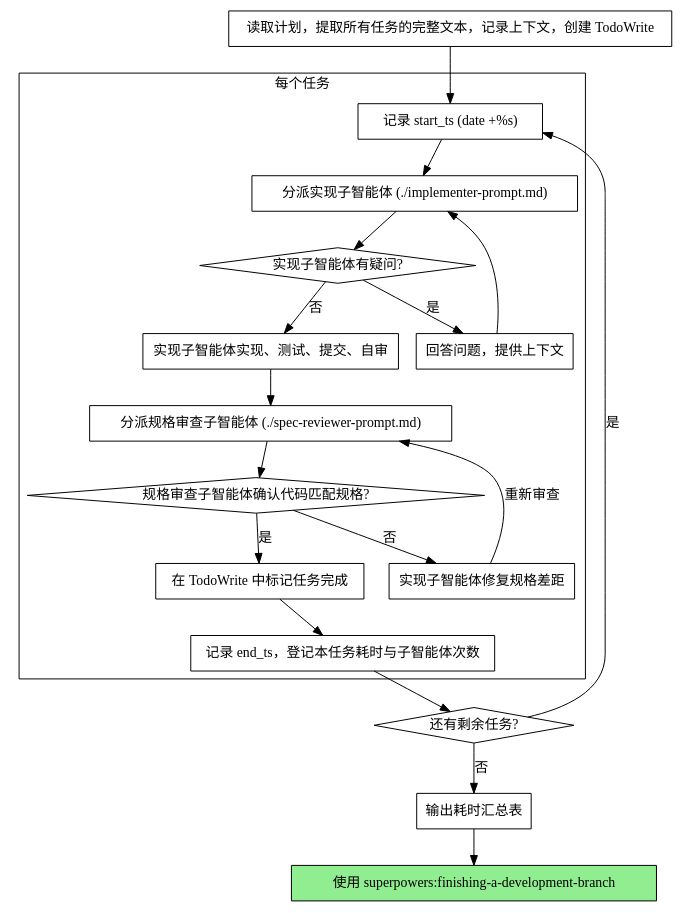
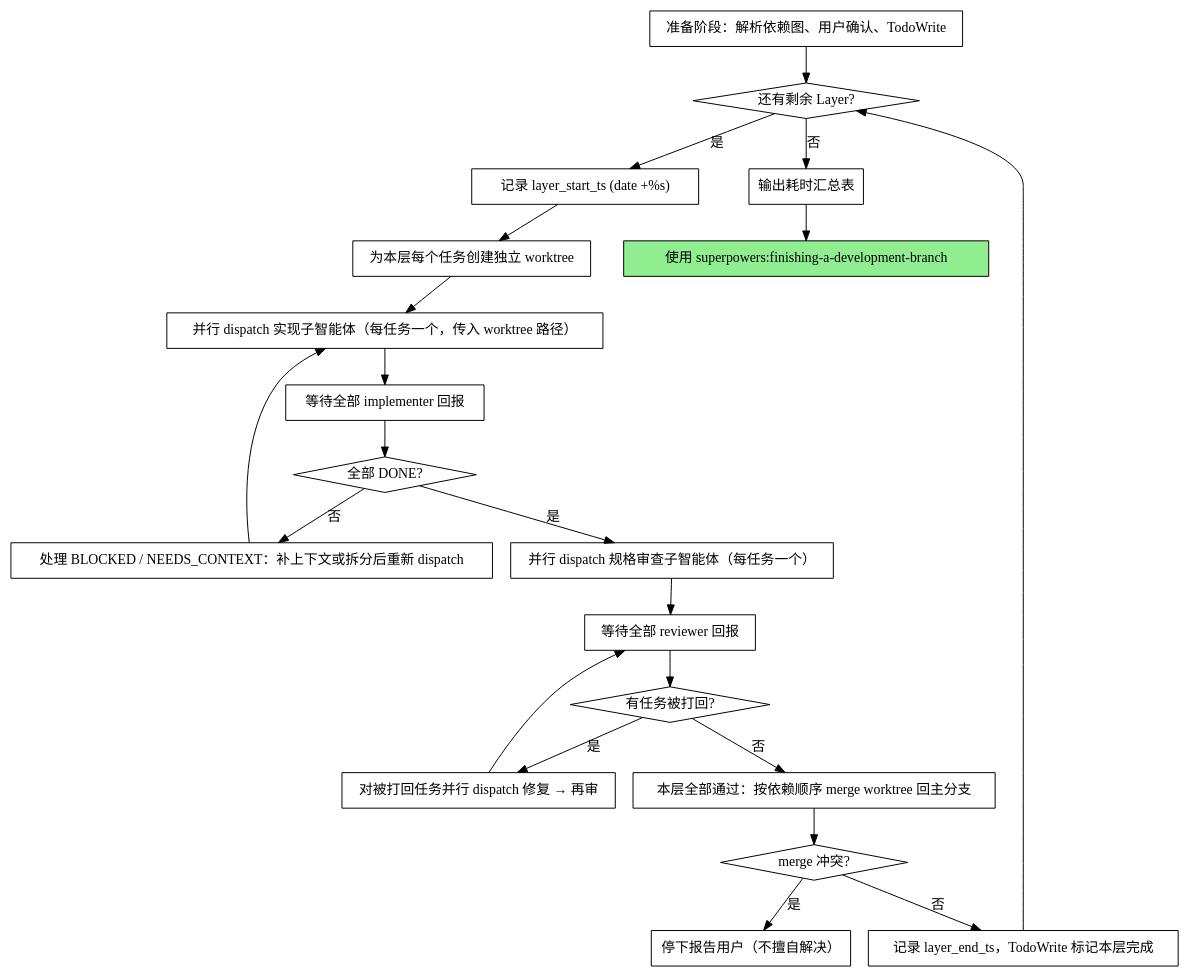
One commit to ikilobyte/superpowers-zh changed the second of 2 diagrams in skills/subagent-driven-development/SKILL.md. Above: the diagram before and after it, drawn with Graphviz. The commit also changed other lines of this file and 2 other files, not shown here.

First line of the commit message:
feat: 子代理驱动开发支持依赖图驱动的分层并行

````diff
--- a/skills/subagent-driven-development/SKILL.md
+++ b/skills/subagent-driven-development/SKILL.md
@@ -42,41 +78,45 @@
 ```dot
 digraph process {
     rankdir=TB;
 
-    subgraph cluster_per_task {
-        label="每个任务";
-        "记录 start_ts (date +%s)" [shape=box];
-        "分派实现子智能体 (./implementer-prompt.md)" [shape=box];
-        "实现子智能体有疑问?" [shape=diamond];
-        "回答问题，提供上下文" [shape=box];
-        "实现子智能体实现、测试、提交、自审" [shape=box];
-        "分派规格审查子智能体 (./spec-reviewer-prompt.md)" [shape=box];
-        "规格审查子智能体确认代码匹配规格?" [shape=diamond];
-        "实现子智能体修复规格差距" [shape=box];
-        "在 TodoWrite 中标记任务完成" [shape=box];
-        "记录 end_ts，登记本任务耗时与子智能体次数" [shape=box];
-    }
-
-    "读取计划，提取所有任务的完整文本，记录上下文，创建 TodoWrite" [shape=box];
-    "还有剩余任务?" [shape=diamond];
+    "准备阶段：解析依赖图、用户确认、TodoWrite" [shape=box];
+    "还有剩余 Layer?" [shape=diamond];
+    "记录 layer_start_ts (date +%s)" [shape=box];
+    "为本层每个任务创建独立 worktree" [shape=box];
+    "并行 dispatch 实现子智能体（每任务一个，传入 worktree 路径）" [shape=box];
+    "等待全部 implementer 回报" [shape=box];
+    "全部 DONE?" [shape=diamond];
+    "处理 BLOCKED / NEEDS_CONTEXT：补上下文或拆分后重新 dispatch" [shape=box];
+    "并行 dispatch 规格审查子智能体（每任务一个）" [shape=box];
+    "等待全部 reviewer 回报" [shape=box];
+    "有任务被打回?" [shape=diamond];
+    "对被打回任务并行 dispatch 修复 → 再审" [shape=box];
+    "本层全部通过：按依赖顺序 merge worktree 回主分支" [shape=box];
+    "merge 冲突?" [shape=diamond];
+    "停下报告用户（不擅自解决）" [shape=box];
+    "记录 layer_end_ts，TodoWrite 标记本层完成" [shape=box];
     "输出耗时汇总表" [shape=box];
     "使用 superpowers:finishing-a-development-branch" [shape=box style=filled fillcolor=lightgreen];
 
-    "读取计划，提取所有任务的完整文本，记录上下文，创建 TodoWrite" -> "记录 start_ts (date +%s)";
-    "记录 start_ts (date +%s)" -> "分派实现子智能体 (./implementer-prompt.md)";
-    "分派实现子智能体 (./implementer-prompt.md)" -> "实现子智能体有疑问?";
-    "实现子智能体有疑问?" -> "回答问题，提供上下文" [label="是"];
-    "回答问题，提供上下文" -> "分派实现子智能体 (./implementer-prompt.md)";
-    "实现子智能体有疑问?" -> "实现子智能体实现、测试、提交、自审" [label="否"];
-    "实现子智能体实现、测试、提交、自审" -> "分派规格审查子智能体 (./spec-reviewer-prompt.md)";
-    "分派规格审查子智能体 (./spec-reviewer-prompt.md)" -> "规格审查子智能体确认代码匹配规格?";
-    "规格审查子智能体确认代码匹配规格?" -> "实现子智能体修复规格差距" [label="否"];
-    "实现子智能体修复规格差距" -> "分派规格审查子智能体 (./spec-reviewer-prompt.md)" [label="重新审查"];
-    "规格审查子智能体确认代码匹配规格?" -> "在 TodoWrite 中标记任务完成" [label="是"];
-    "在 TodoWrite 中标记任务完成" -> "记录 end_ts，登记本任务耗时与子智能体次数";
-    "记录 end_ts，登记本任务耗时与子智能体次数" -> "还有剩余任务?";
-    "还有剩余任务?" -> "记录 start_ts (date +%s)" [label="是"];
-    "还有剩余任务?" -> "输出耗时汇总表" [label="否"];
+    "准备阶段：解析依赖图、用户确认、TodoWrite" -> "还有剩余 Layer?";
+    "还有剩余 Layer?" -> "记录 layer_start_ts (date +%s)" [label="是"];
+    "记录 layer_start_ts (date +%s)" -> "为本层每个任务创建独立 worktree";
+    "为本层每个任务创建独立 worktree" -> "并行 dispatch 实现子智能体（每任务一个，传入 worktree 路径）";
+    "并行 dispatch 实现子智能体（每任务一个，传入 worktree 路径）" -> "等待全部 implementer 回报";
+    "等待全部 implementer 回报" -> "全部 DONE?";
+    "全部 DONE?" -> "处理 BLOCKED / NEEDS_CONTEXT：补上下文或拆分后重新 dispatch" [label="否"];
+    "处理 BLOCKED / NEEDS_CONTEXT：补上下文或拆分后重新 dispatch" -> "并行 dispatch 实现子智能体（每任务一个，传入 worktree 路径）";
+    "全部 DONE?" -> "并行 dispatch 规格审查子智能体（每任务一个）" [label="是"];
+    "并行 dispatch 规格审查子智能体（每任务一个）" -> "等待全部 reviewer 回报";
+    "等待全部 reviewer 回报" -> "有任务被打回?";
+    "有任务被打回?" -> "对被打回任务并行 dispatch 修复 → 再审" [label="是"];
+    "对被打回任务并行 dispatch 修复 → 再审" -> "等待全部 reviewer 回报";
+    "有任务被打回?" -> "本层全部通过：按依赖顺序 merge worktree 回主分支" [label="否"];
+    "本层全部通过：按依赖顺序 merge worktree 回主分支" -> "merge 冲突?";
+    "merge 冲突?" -> "停下报告用户（不擅自解决）" [label="是"];
+    "merge 冲突?" -> "记录 layer_end_ts，TodoWrite 标记本层完成" [label="否"];
+    "记录 layer_end_ts，TodoWrite 标记本层完成" -> "还有剩余 Layer?";
+    "还有剩余 Layer?" -> "输出耗时汇总表" [label="否"];
     "输出耗时汇总表" -> "使用 superpowers:finishing-a-development-branch";
 }
 ```
````
